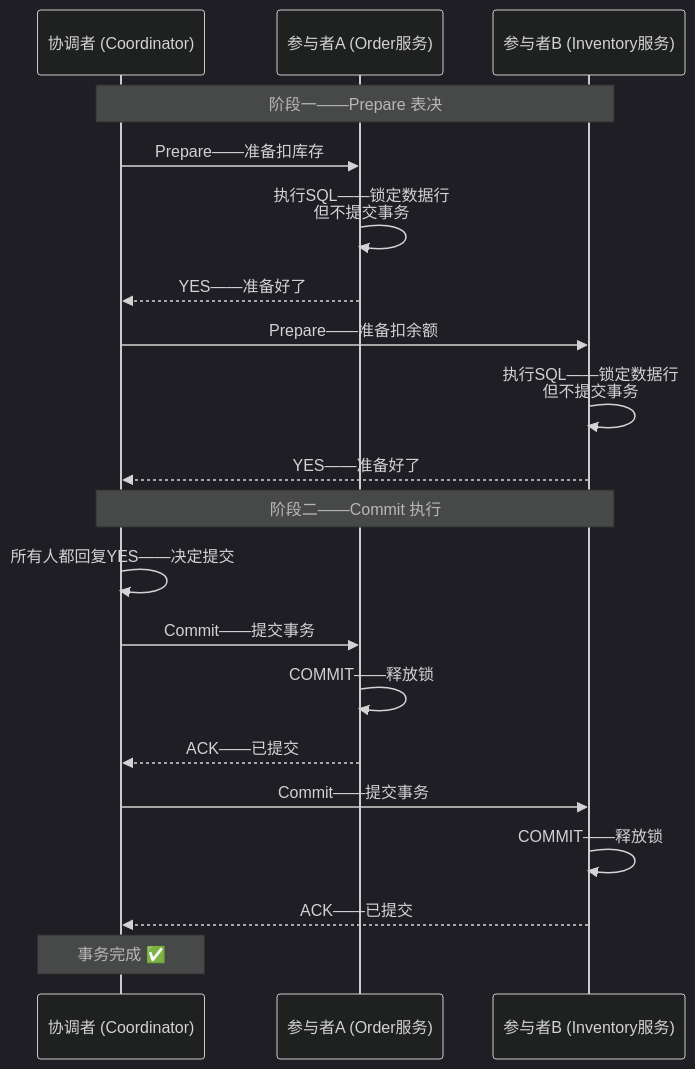
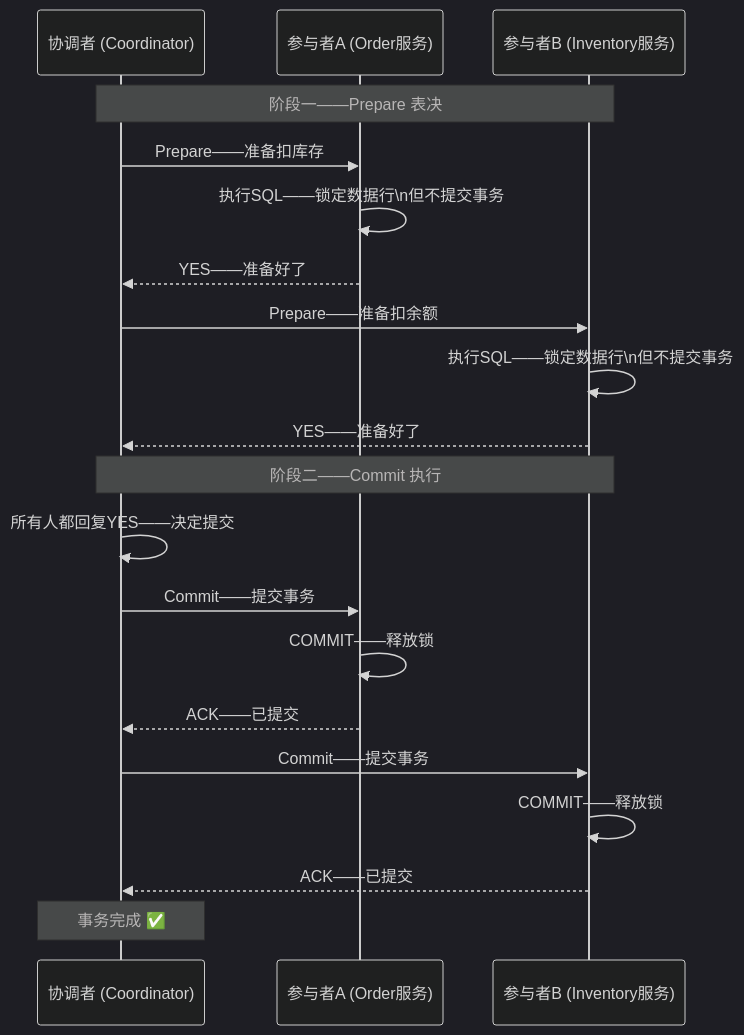
The first of 6 diagrams in content/posts/distributed-algorithms/DistributedTransaction2PCAndTCC.md (yaocat55/yaocat55.github.io), drawn with Mermaid (dark theme) before and after one commit. The commit also changed other lines of this file and 155 other files, not shown here.

````diff
--- a/content/posts/distributed-algorithms/DistributedTransaction2PCAndTCC.md
+++ b/content/posts/distributed-algorithms/DistributedTransaction2PCAndTCC.md
@@ -84,29 +84,29 @@
 ```mermaid
 sequenceDiagram
     participant C as 协调者 (Coordinator)
     participant P1 as 参与者A (Order服务)
     participant P2 as 参与者B (Inventory服务)
 
     Note over C,P2: 阶段一——Prepare 表决
 
     C->>P1: Prepare——准备扣库存
-    P1->>P1: 执行SQL——锁定数据行<br/>但不提交事务
+    P1->>P1: 执行SQL——锁定数据行\n但不提交事务
     P1-->>C: YES——准备好了
 
     C->>P2: Prepare——准备扣余额
-    P2->>P2: 执行SQL——锁定数据行<br/>但不提交事务
+    P2->>P2: 执行SQL——锁定数据行\n但不提交事务
     P2-->>C: YES——准备好了
 
     Note over C,P2: 阶段二——Commit 执行
 
     C->>C: 所有人都回复YES——决定提交
     C->>P1: Commit——提交事务
     P1->>P1: COMMIT——释放锁
     P1-->>C: ACK——已提交
 
     C->>P2: Commit——提交事务
     P2->>P2: COMMIT——释放锁
     P2-->>C: ACK——已提交
 
     Note over C: 事务完成 ✅
 ```
````
